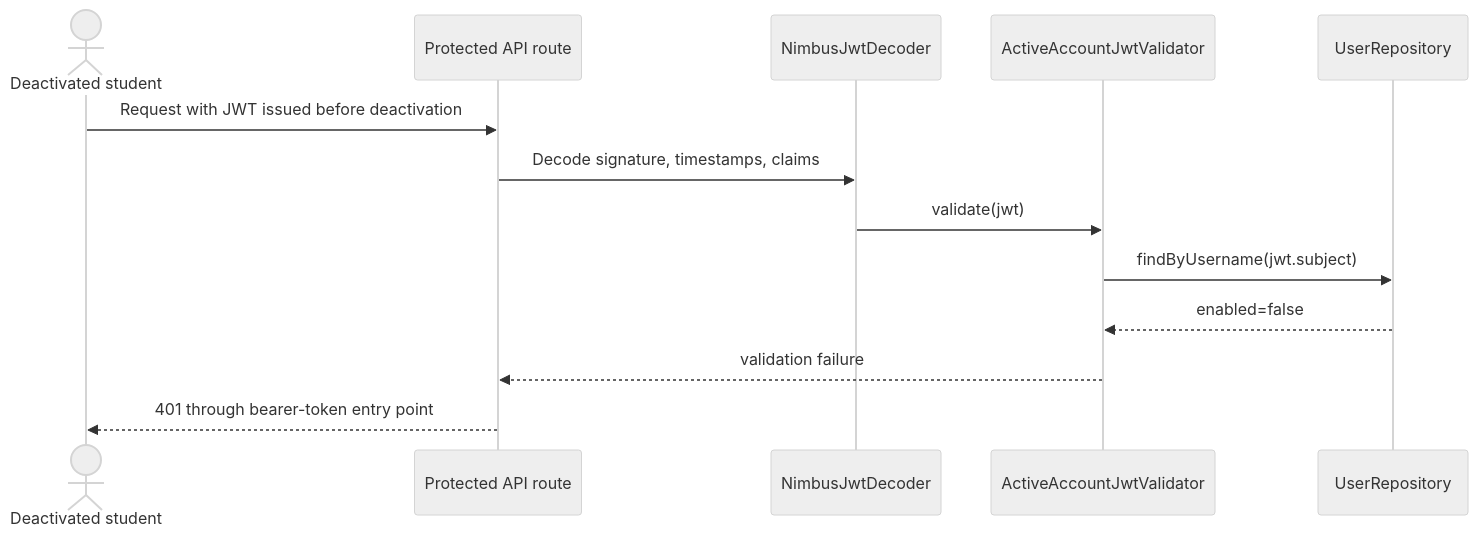
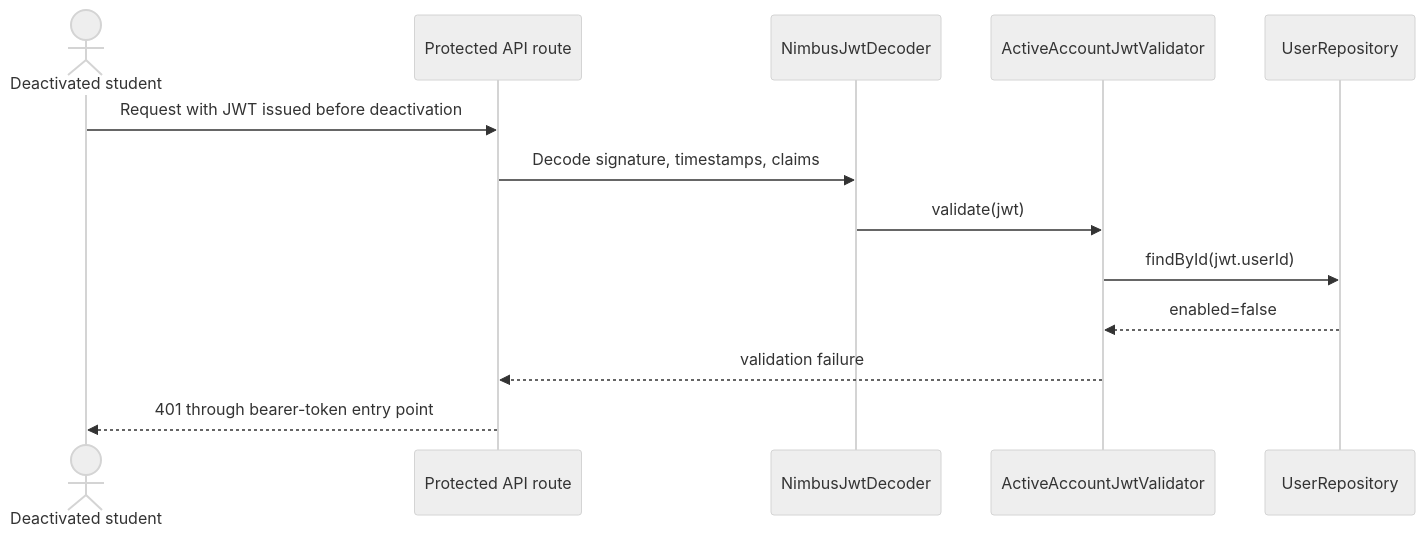
The third of 3 diagrams in docs/design/stu.md (SpencerScherger/add-a-use-case), drawn with Mermaid (neutral theme) before and after one commit. The commit also changed other lines of this file, not shown here.

````diff
--- a/docs/design/stu.md
+++ b/docs/design/stu.md
@@ -118,16 +119,16 @@
 ```mermaid
 sequenceDiagram
     actor S as Deactivated student
     participant API as Protected API route
     participant DEC as NimbusJwtDecoder
     participant VAL as ActiveAccountJwtValidator
     participant UR as UserRepository
 
     S->>API: Request with JWT issued before deactivation
     API->>DEC: Decode signature, timestamps, claims
     DEC->>VAL: validate(jwt)
-    VAL->>UR: findByUsername(jwt.subject)
+    VAL->>UR: findById(jwt.userId)
     UR-->>VAL: enabled=false
     VAL-->>API: validation failure
     API-->>S: 401 through bearer-token entry point
 ```
````
